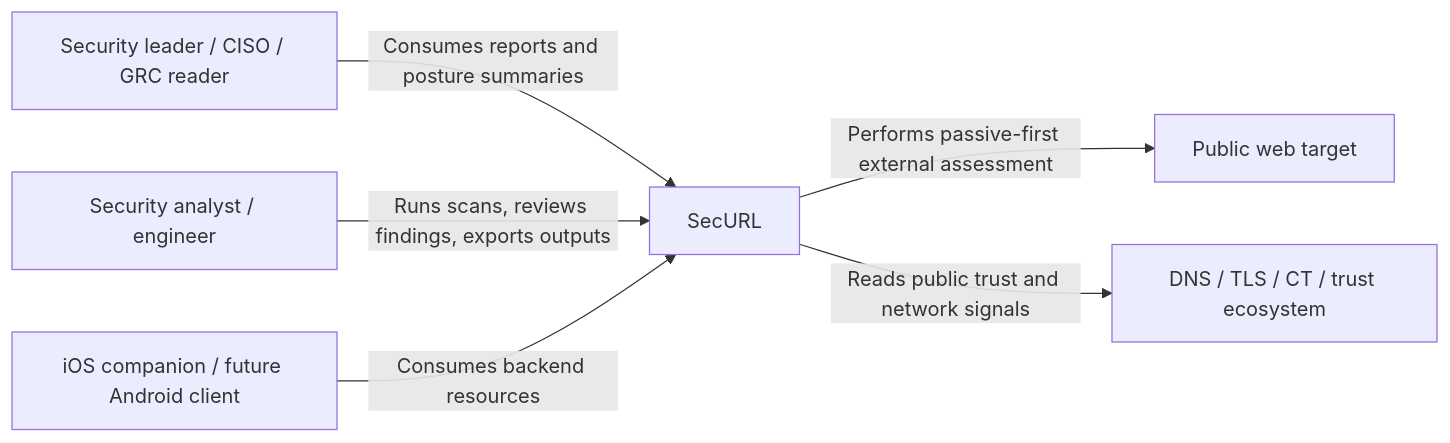
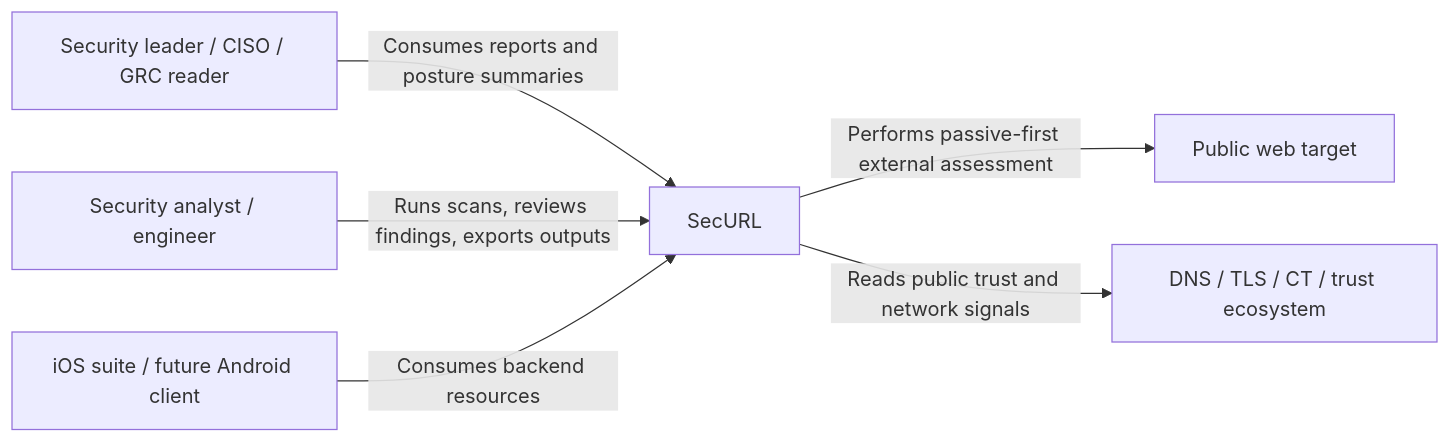
Before and after one commit to this-is-securl/securl: the first of 3 diagrams in docs/ARCHITECTURE-C4.md, drawn with Mermaid. The commit also changed other lines of this file and 11 other files, not shown here.

````diff
--- a/docs/ARCHITECTURE-C4.md
+++ b/docs/ARCHITECTURE-C4.md
@@ -31,16 +31,16 @@
 ```mermaid
 flowchart LR
   user_exec["Security leader / CISO / GRC reader"]
   user_analyst["Security analyst / engineer"]
-  mobile["iOS companion / future Android client"]
+  mobile["iOS suite / future Android client"]
   target["Public web target"]
   trust["DNS / TLS / CT / trust ecosystem"]
 
   securl["SecURL"]
 
   user_exec -->|"Consumes reports and posture summaries"| securl
   user_analyst -->|"Runs scans, reviews findings, exports outputs"| securl
   mobile -->|"Consumes backend resources"| securl
   securl -->|"Performs passive-first external assessment"| target
   securl -->|"Reads public trust and network signals"| trust
 ```
````
